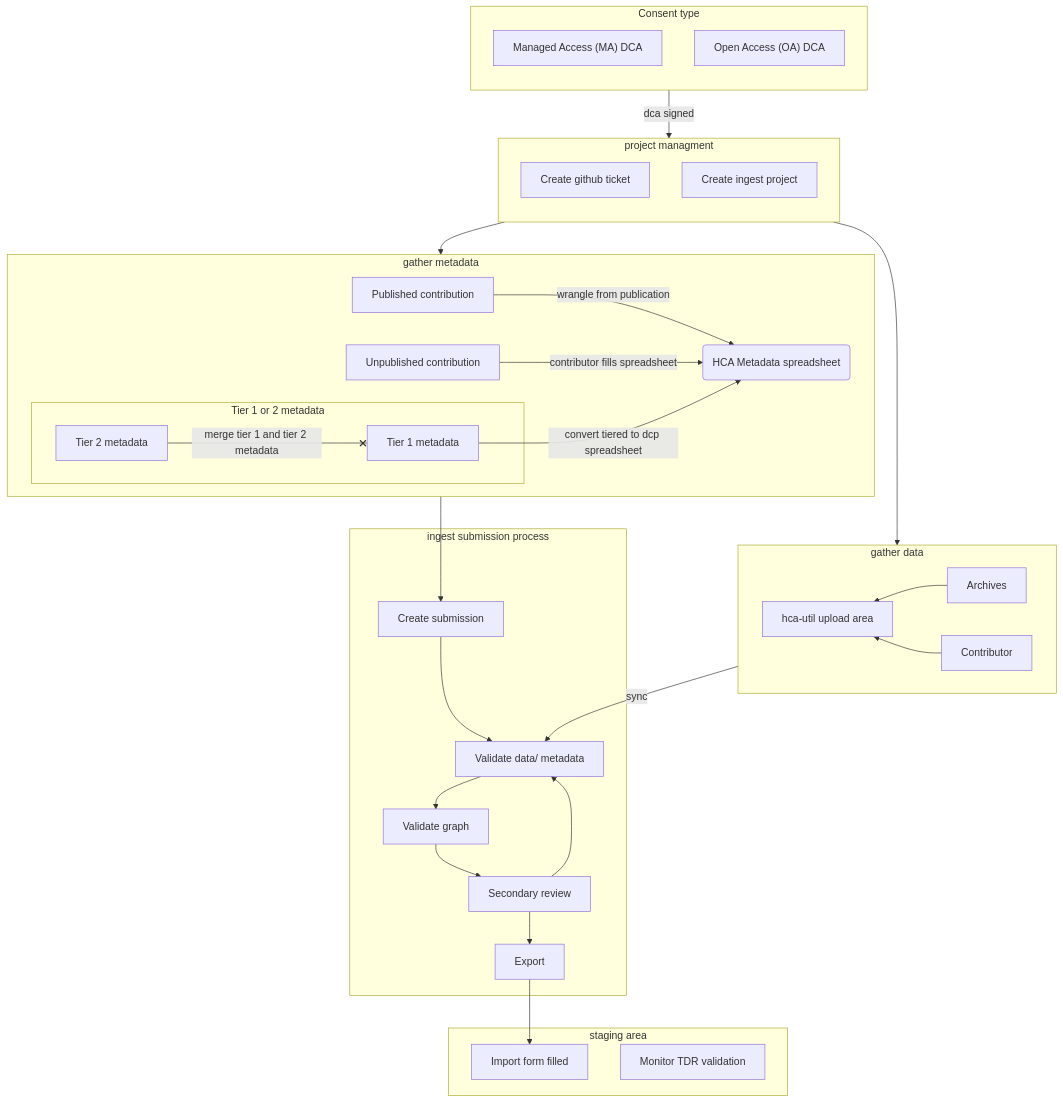
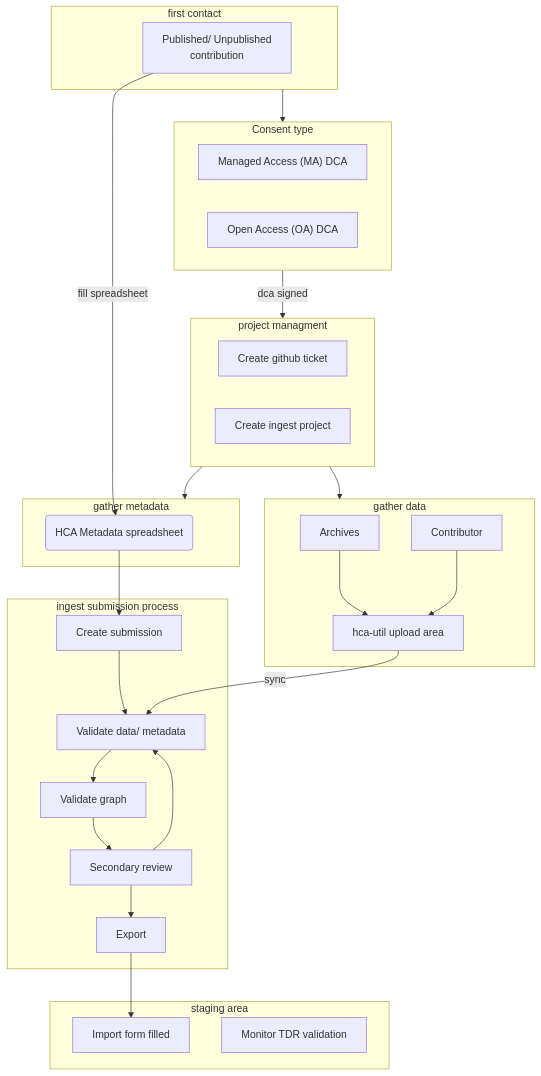
Before and after one commit to ebi-ait/hca-ebi-wrangler-central: the diagram in docs/SOPs/Introduction/wrangling_process_diagram.md, drawn with Mermaid.

Commit message:
Simplify diagram

````diff
--- a/docs/SOPs/Introduction/wrangling_process_diagram.md
+++ b/docs/SOPs/Introduction/wrangling_process_diagram.md
@@ -14,67 +14,59 @@
 ```mermaid
 flowchart TD
+    subgraph first [first contact]
+    P1["Published/ Unpublished<br>contribution"]
+    end
+
     subgraph dca ["Consent type"]
-    direction TB
     MA["Managed Access (MA) DCA"]
     OA["Open Access (OA) DCA"]
     end
     
     subgraph metadata [gather metadata]
-    direction LR
-    P1["Published contribution"]
-    P2["Unpublished contribution"]
-    subgraph tiered [Tier 1 or 2 metadata]
-    P3["Tier 1 metadata"]
-    P4["Tier 2 metadata"]
-    end
     HMS("HCA Metadata spreadsheet")
-    P1--"wrangle from publication"-->HMS
-    P2--"contributor fills spreadsheet"-->HMS
-    P3--"convert tiered to dcp spreadsheet"-->HMS
-    P4--"merge tier 1 and tier 2 metadata"--xP3
+    P1--"fill spreadsheet"-->HMS
     end
 
     subgraph proj ["project managment"]
-    direction TB
     D1["Create github ticket"]
     D2["Create ingest project"]
     end
 
     subgraph data [gather data]
-    direction RL
     C1["Archives"]
     C2["Contributor"]
     C3["hca-util upload area"]
     C1 --> C3
     C2 --> C3
     end
 
     subgraph ingest [ingest submission process]
     I1["Create submission"]
     I2["Validate data/ metadata"]
     I3["Validate graph"]
     I4["Secondary review"]
     I5["Export"]
     HMS --> I1
     I1 --> I2
     I2 --> I3 --> I4 --> I5 
     I4 --> I2
     end
-    C3 --sync--> I2
 
     subgraph import [staging area]
     M1["Import form filled"]
     M2["Monitor TDR validation"]
     I5 --> M1
     end
 
+    C3 --sync--> I2
+    first --> dca
     dca --dca signed--> proj --> data
     proj --> metadata
 
     click MA href "https://ebi-ait.github.io/hca-ebi-wrangler-central/SOPs/Introduction/dataset_wrangling_SOP.html#consent-type" "Consent type"
     click proj href "https://ebi-ait.github.io/hca-ebi-wrangler-central/SOPs/Introduction/wrangling_project_management.html" "Project managment"
     click C1 href "https://ebi-ait.github.io/hca-ebi-wrangler-central/SOPs/Introduction/dataset_wrangling_SOP.html#gathering-data" "Gathering data"
     click C2 href "https://ebi-ait.github.io/hca-ebi-wrangler-central/SOPs/Introduction/dataset_wrangling_SOP.html#data-upload-contributor" "Data upload contributor"
     click C3 href "https://ebi-ait.github.io/hca-ebi-wrangler-central/tools/Accessing_upload_area/hca_util.html)" "hca-util"
     click M2 href "https://ebi-ait.github.io/hca-ebi-wrangler-central/SOPs/Introduction/access_tera.html" "Access TDR SOP"
 ```
````
